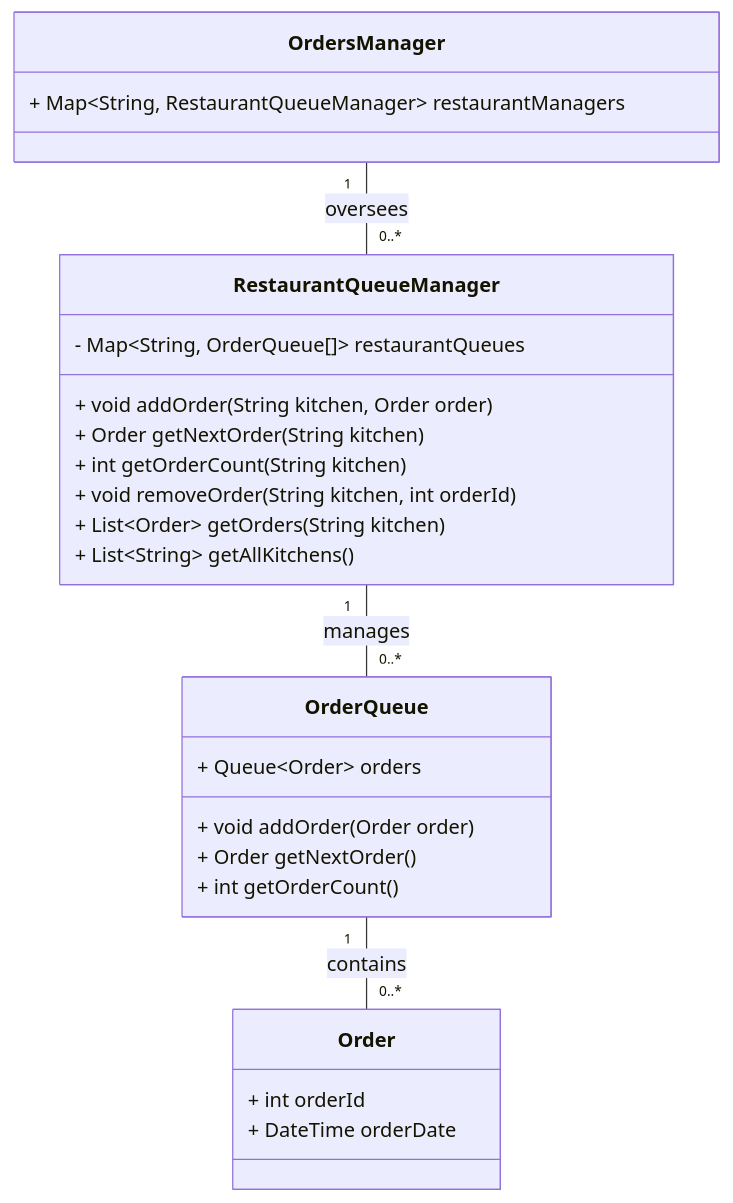
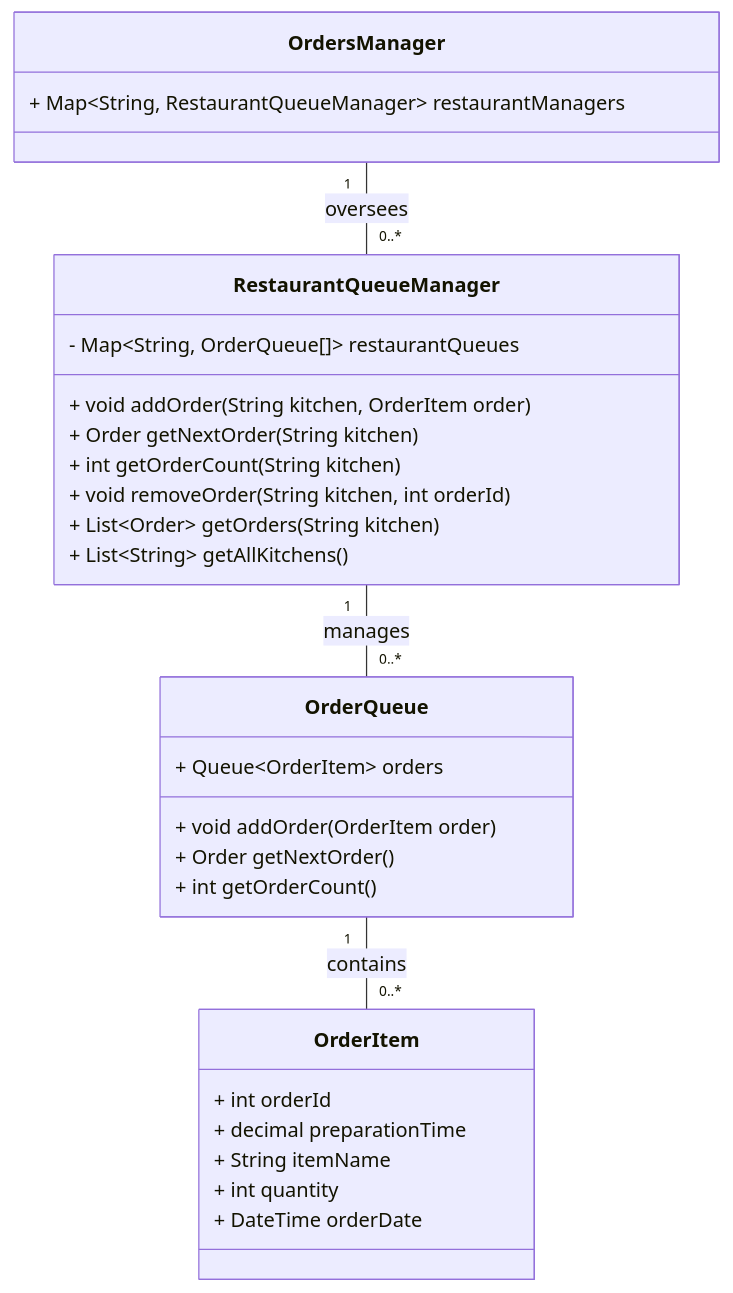
Before and after one commit to devAhmedMustafa/Al-Court-Designs: the diagram in docs/Features/Orders/OrdersQueue.class.mermaid, drawn with Mermaid. The commit also changed 46 other files, not shown here.

```diff
--- a/docs/Features/Orders/OrdersQueue.class.mermaid
+++ b/docs/Features/Orders/OrdersQueue.class.mermaid
@@ -1,30 +1,33 @@
 classDiagram
-    class Order {
+    class OrderItem {
         + int orderId
+        + decimal preparationTime
+        + String itemName
+        + int quantity
         + DateTime orderDate
     }
 
     class OrderQueue {
-        + Queue~Order~ orders
-        + void addOrder(Order order)
+        + Queue~OrderItem~ orders
+        + void addOrder(OrderItem order)
         + Order getNextOrder()
         + int getOrderCount()
     }
 
     class RestaurantQueueManager {
         - Map~String, OrderQueue[]~ restaurantQueues
-        + void addOrder(String kitchen, Order order)
+        + void addOrder(String kitchen, OrderItem order)
         + Order getNextOrder(String kitchen)
         + int getOrderCount(String kitchen)
         + void removeOrder(String kitchen, int orderId)
         + List~Order~ getOrders(String kitchen)
         + List~String~ getAllKitchens()
     }
 
     class OrdersManager {
         + Map~String, RestaurantQueueManager~ restaurantManagers
     }
 
-    OrderQueue "1" -- "0..*" Order : contains
+    OrderQueue "1" -- "0..*" OrderItem : contains
     RestaurantQueueManager "1" -- "0..*" OrderQueue : manages
     OrdersManager "1" -- "0..*" RestaurantQueueManager : oversees
```
